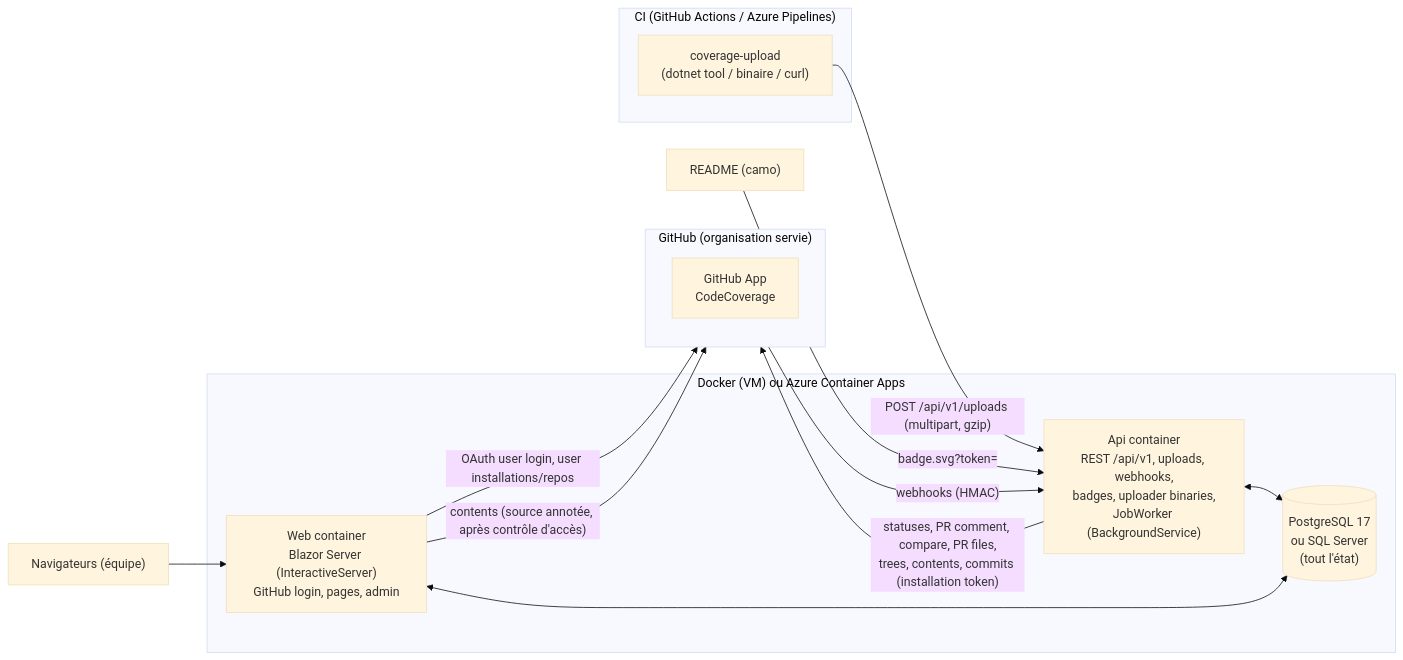
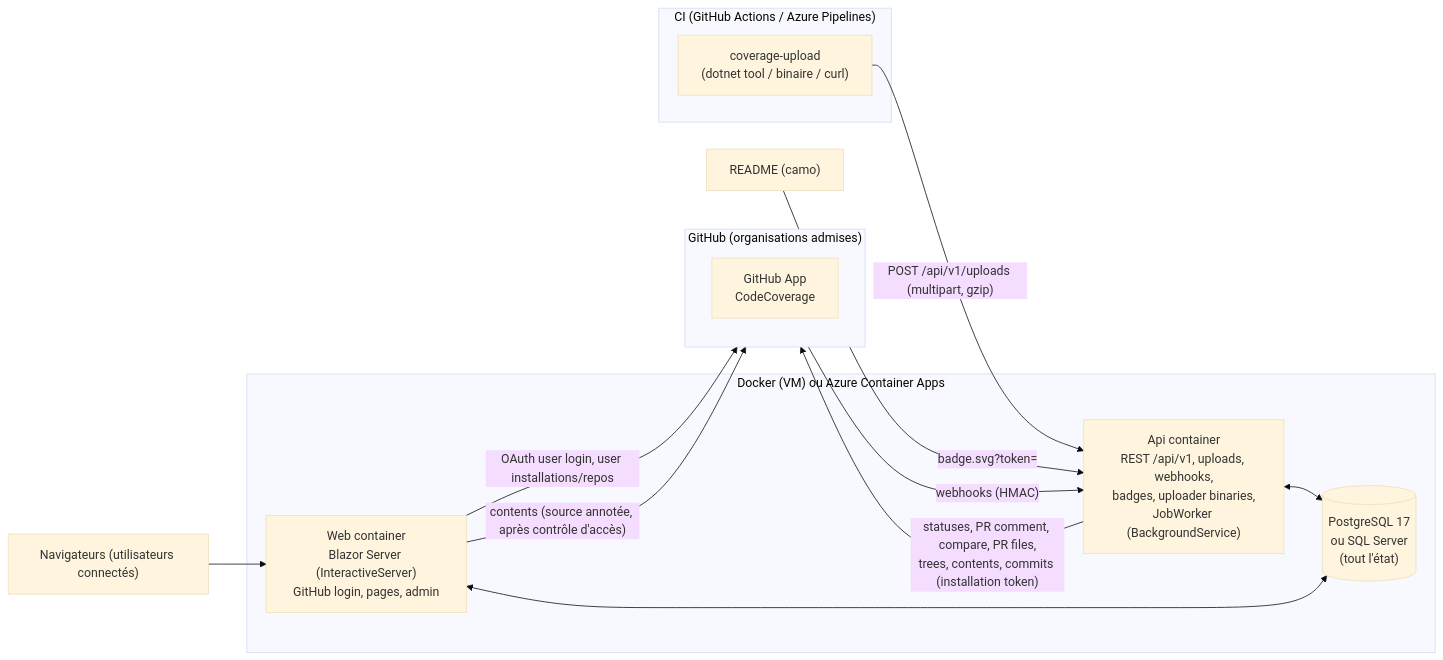
Before and after one commit to gaetanthouvenin/code-coverage: the diagram in docs/ARCHITECTURE.md, drawn with Mermaid (base theme). The commit also changed other lines of this file and 8 other files, not shown here.

````diff
--- a/docs/ARCHITECTURE.md
+++ b/docs/ARCHITECTURE.md
@@ -50,23 +53,23 @@
 ```mermaid
 flowchart LR
   subgraph CI["CI (GitHub Actions / Azure Pipelines)"]
     U["coverage-upload<br/>(dotnet tool / binaire / curl)"]
   end
-  subgraph GH["GitHub (organisation servie)"]
+  subgraph GH["GitHub (organisations admises)"]
     APP["GitHub App<br/>CodeCoverage"]
   end
   subgraph Host["Docker (VM) ou Azure Container Apps"]
     API["Api container<br/>REST /api/v1, uploads, webhooks,<br/>badges, uploader binaries,<br/>JobWorker (BackgroundService)"]
     WEB["Web container<br/>Blazor Server (InteractiveServer)<br/>GitHub login, pages, admin"]
     DB[("PostgreSQL 17<br/>ou SQL Server<br/>(tout l'état)")]
   end
   U -- "POST /api/v1/uploads (multipart, gzip)" --> API
   GH -- "webhooks (HMAC)" --> API
   API -- "statuses, PR comment, compare, PR files,<br/>trees, contents, commits (installation token)" --> GH
   WEB -- "OAuth user login, user installations/repos" --> GH
   WEB -- "contents (source annotée, après contrôle d'accès)" --> GH
   API <--> DB
   WEB <--> DB
-  Browser["Navigateurs (équipe)"] --> WEB
+  Browser["Navigateurs (utilisateurs connectés)"] --> WEB
   Readme["README (camo)"] -- "badge.svg?token=" --> API
 ```
````
